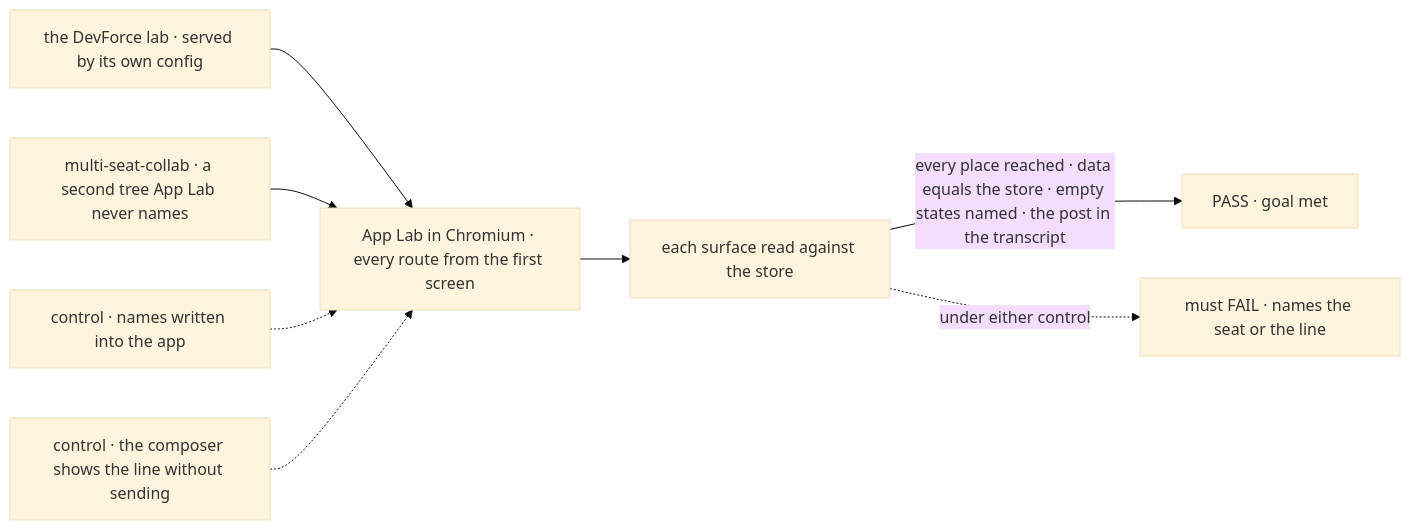
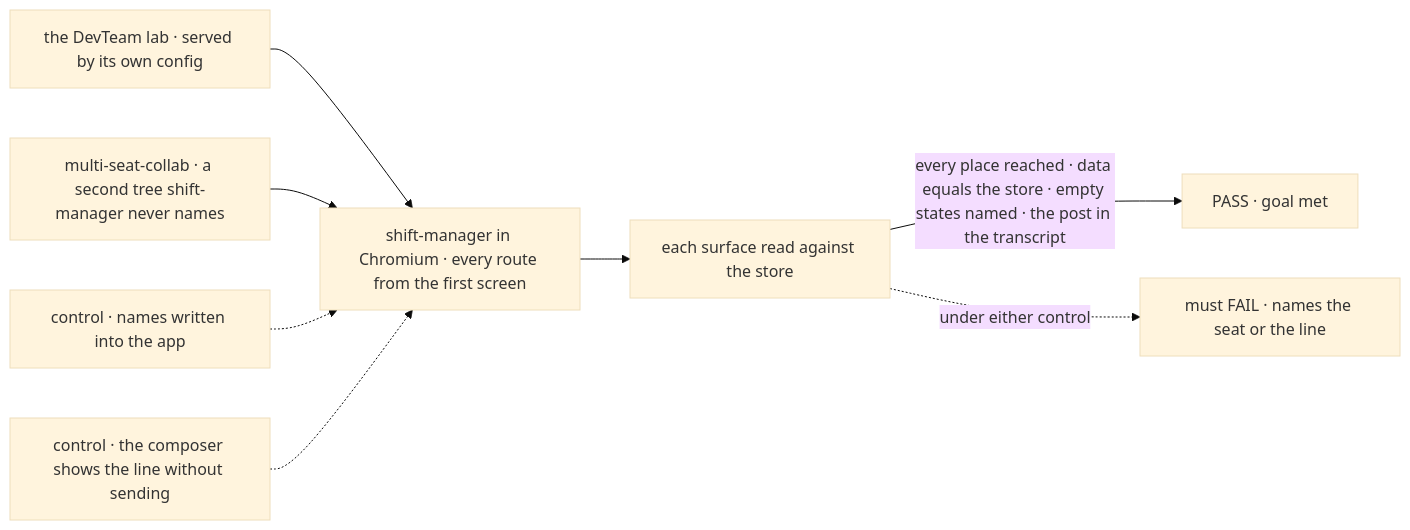
The first of 2 diagrams in specs/issues/FIX-1662/SPEC.md (fixpoint-labs/flow-state-dev), drawn with Mermaid (base theme) before and after one commit. The commit also changed other lines of this file and 383 other files, not shown here.

First line of the commit message:
refactor: rename app-lab to shift-manager (FIX-1706)

````diff
--- a/specs/issues/FIX-1662/SPEC.md
+++ b/specs/issues/FIX-1662/SPEC.md
@@ -33,10 +33,10 @@
 ```mermaid
 flowchart LR
-  L1["the DevForce lab · served by its own config"] --> A["App Lab in Chromium · every route from the first screen"]
-  L2["multi-seat-collab · a second tree App Lab never names"] --> A
+  L1["the DevTeam lab · served by its own config"] --> A["shift-manager in Chromium · every route from the first screen"]
+  L2["multi-seat-collab · a second tree shift-manager never names"] --> A
   A --> R["each surface read against the store"]
   R -->|"every place reached · data equals the store · empty states named · the post in the transcript"| P["PASS · goal met"]
   C1["control · names written into the app"] -.-> A
   C2["control · the composer shows the line without sending"] -.-> A
   R -.->|"under either control"| F["must FAIL · names the seat or the line"]
 ```
````
